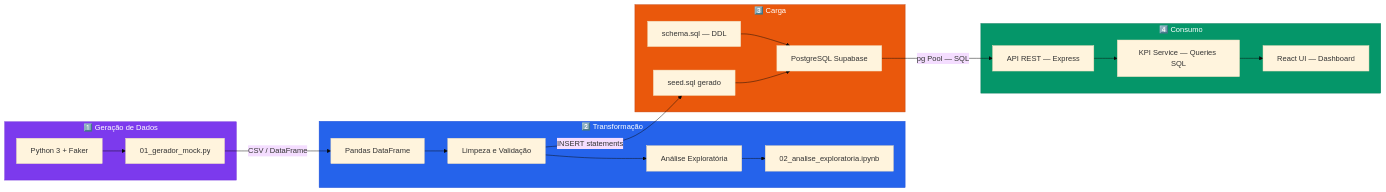
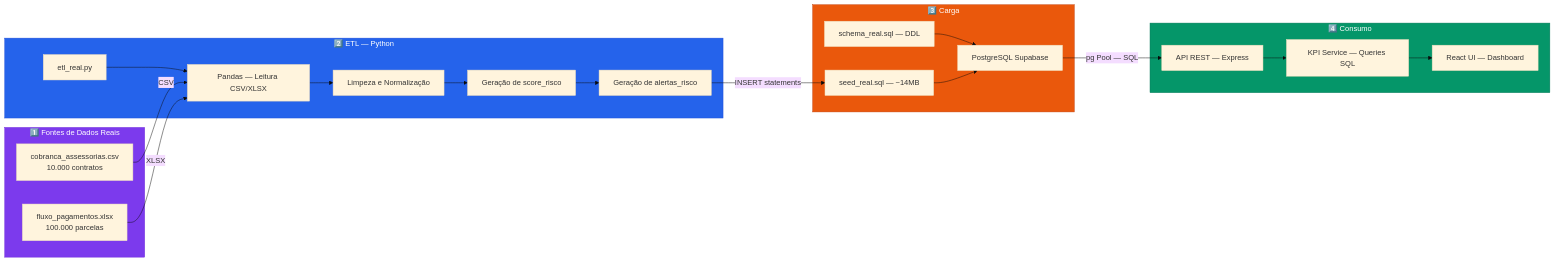
One commit to juanalenca/creditguard changed the third of 7 diagrams in docs/arquitetura.md. Above: the diagram before and after it, drawn with Mermaid (base theme). The commit also changed other lines of this file and 35 other files, not shown here.

````diff
--- a/docs/arquitetura.md
+++ b/docs/arquitetura.md
@@ -139,43 +144,45 @@
 ```mermaid
 flowchart LR
-    subgraph GERACAO["1️⃣ Geração de Dados"]
-        G1["Python 3 + Faker"]
-        G2["01_gerador_mock.py"]
-        G1 --> G2
+    subgraph FONTES["1️⃣ Fontes de Dados Reais"]
+        F1["cobranca_assessorias.csv\n10.000 contratos"]
+        F2["fluxo_pagamentos.xlsx\n100.000 parcelas"]
     end
 
-    subgraph TRANSFORMACAO["2️⃣ Transformação"]
-        T1["Pandas DataFrame"]
-        T2["Limpeza e Validação"]
-        T3["Análise Exploratória"]
-        T4["02_analise_exploratoria.ipynb"]
-        T1 --> T2
-        T2 --> T3
-        T3 --> T4
+    subgraph ETL["2️⃣ ETL — Python"]
+        E1["etl_real.py"]
+        E2["Pandas — Leitura CSV/XLSX"]
+        E3["Limpeza e Normalização"]
+        E4["Geração de score_risco"]
+        E5["Geração de alertas_risco"]
+        E1 --> E2
+        E2 --> E3
+        E3 --> E4
+        E4 --> E5
     end
 
     subgraph CARGA["3️⃣ Carga"]
-        C1["seed.sql gerado"]
-        C2["schema.sql — DDL"]
+        C1["seed_real.sql — ~14MB"]
+        C2["schema_real.sql — DDL"]
         C3["PostgreSQL Supabase"]
         C2 --> C3
         C1 --> C3
     end
 
     subgraph CONSUMO["4️⃣ Consumo"]
         CO1["API REST — Express"]
         CO2["KPI Service — Queries SQL"]
         CO3["React UI — Dashboard"]
         CO1 --> CO2
         CO2 --> CO3
     end
 
-    G2 -- "CSV / DataFrame" --> T1
-    T2 -- "INSERT statements" --> C1
+    F1 -- "CSV" --> E2
+    F2 -- "XLSX" --> E2
+    E5 -- "INSERT statements" --> C1
     C3 -- "pg Pool — SQL" --> CO1
 
-    style GERACAO fill:#7c3aed,stroke:#6d28d9,color:#fff
-    style TRANSFORMACAO fill:#2563eb,stroke:#1d4ed8,color:#fff
+    style FONTES fill:#7c3aed,stroke:#6d28d9,color:#fff
+    style ETL fill:#2563eb,stroke:#1d4ed8,color:#fff
     style CARGA fill:#ea580c,stroke:#c2410c,color:#fff
     style CONSUMO fill:#059669,stroke:#047857,color:#fff
 ```
````
